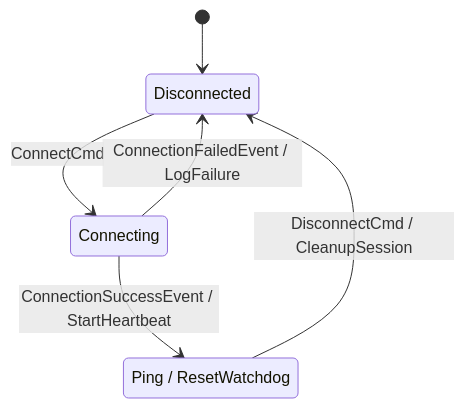
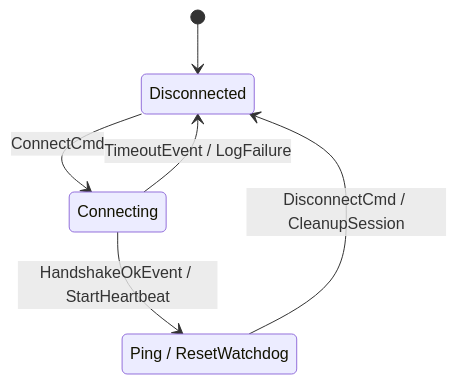
Before and after one commit to simoneCavalleri/fsmc: the diagram in README.md, drawn with Mermaid. The commit also changed other lines of this file and 3 other files, not shown here.

````diff
--- a/README.md
+++ b/README.md
@@ -25,9 +35,9 @@
 ```mermaid
 stateDiagram-v2
     [*] --> Disconnected
     Disconnected --> Connecting : ConnectCmd
-    Connecting --> Connected : ConnectionSuccessEvent / StartHeartbeat
-    Connecting --> Disconnected : ConnectionFailedEvent / LogFailure
+    Connecting --> Connected : HandshakeOkEvent / StartHeartbeat
+    Connecting --> Disconnected : TimeoutEvent / LogFailure
     Connected : Ping / ResetWatchdog
     Connected --> Disconnected : DisconnectCmd / CleanupSession
 ```
````
